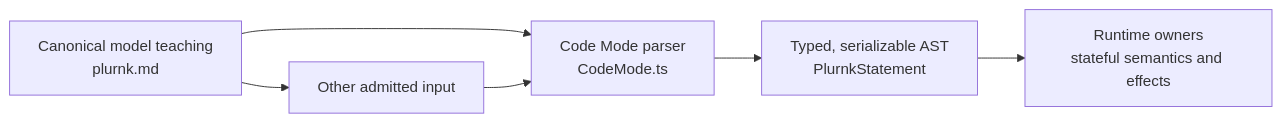
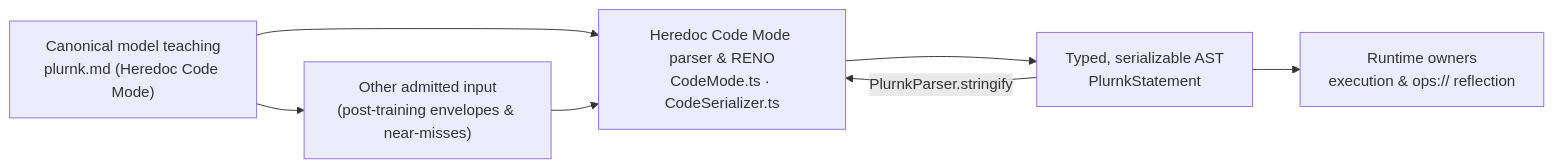
One commit to plurnk/plurnk-service changed the first of 2 diagrams in plurnk-contracts/SPEC.md. Above: the diagram before and after it, drawn with Mermaid. The commit also changed other lines of this file and 8 other files, not shown here.

Commit message:
docs: frame Heredoc Code Mode with Reflective Emission Normalization (#1433)

````diff
--- a/plurnk-contracts/SPEC.md
+++ b/plurnk-contracts/SPEC.md
@@ -21,13 +21,14 @@
 ```mermaid
 flowchart LR
-    canon["Canonical model teaching<br/>plurnk.md"]
-    free["Other admitted input"]
-    syntax["Code Mode parser<br/>CodeMode.ts"]
+    canon["Canonical model teaching<br/>plurnk.md (Heredoc Code Mode)"]
+    free["Other admitted input<br/>(post-training envelopes & near-misses)"]
+    syntax["Heredoc Code Mode parser & RENO<br/>CodeMode.ts · CodeSerializer.ts"]
     ast["Typed, serializable AST<br/>PlurnkStatement"]
-    runtime["Runtime owners<br/>stateful semantics and effects"]
+    runtime["Runtime owners<br/>execution & ops:// reflection"]
     canon --> syntax
     canon --> free
     free --> syntax
     syntax --> ast
     ast --> runtime
+    ast -->|"PlurnkParser.stringify"| syntax
 ```
````
